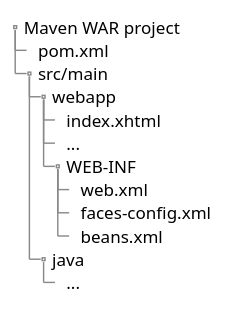
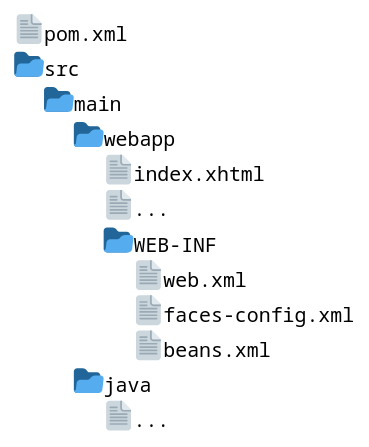
Before and after one commit to e-Contract/enterprise-jsf: the diagram in doc/helloworld-structure.puml, drawn with PlantUML. The commit also changed 3 other files, not shown here.

Commit message:
improved directory structure diagrams

```diff
--- a/doc/helloworld-structure.puml
+++ b/doc/helloworld-structure.puml
@@ -1,25 +1,16 @@
-@startsalt
+@startfiles
 
 ' Enterprise JSF project.
 '
-' Copyright 2021-2023 e-Contract.be BV. All rights reserved.
+' Copyright 2024 e-Contract.be BV. All rights reserved.
 ' e-Contract.be BV proprietary/confidential. Use is subject to license terms.
 
-{
-    {T
-        + Maven WAR project
-            ++ pom.xml
-            ++ src/main
-                +++ webapp
-                    ++++ index.xhtml
-                    ++++ ...
-                    ++++ WEB-INF
-                        +++++ web.xml
-                        +++++ faces-config.xml
-                        +++++ beans.xml
-                +++ java
-                    ++++ ...
-    }
-}
+/pom.xml
+/src/main/webapp/index.xhtml
+/src/main/webapp/...
+/src/main/webapp/WEB-INF/web.xml
+/src/main/webapp/WEB-INF/faces-config.xml
+/src/main/webapp/WEB-INF/beans.xml
+/src/main/java/...
 
-@endsalt
+@endfiles
```
